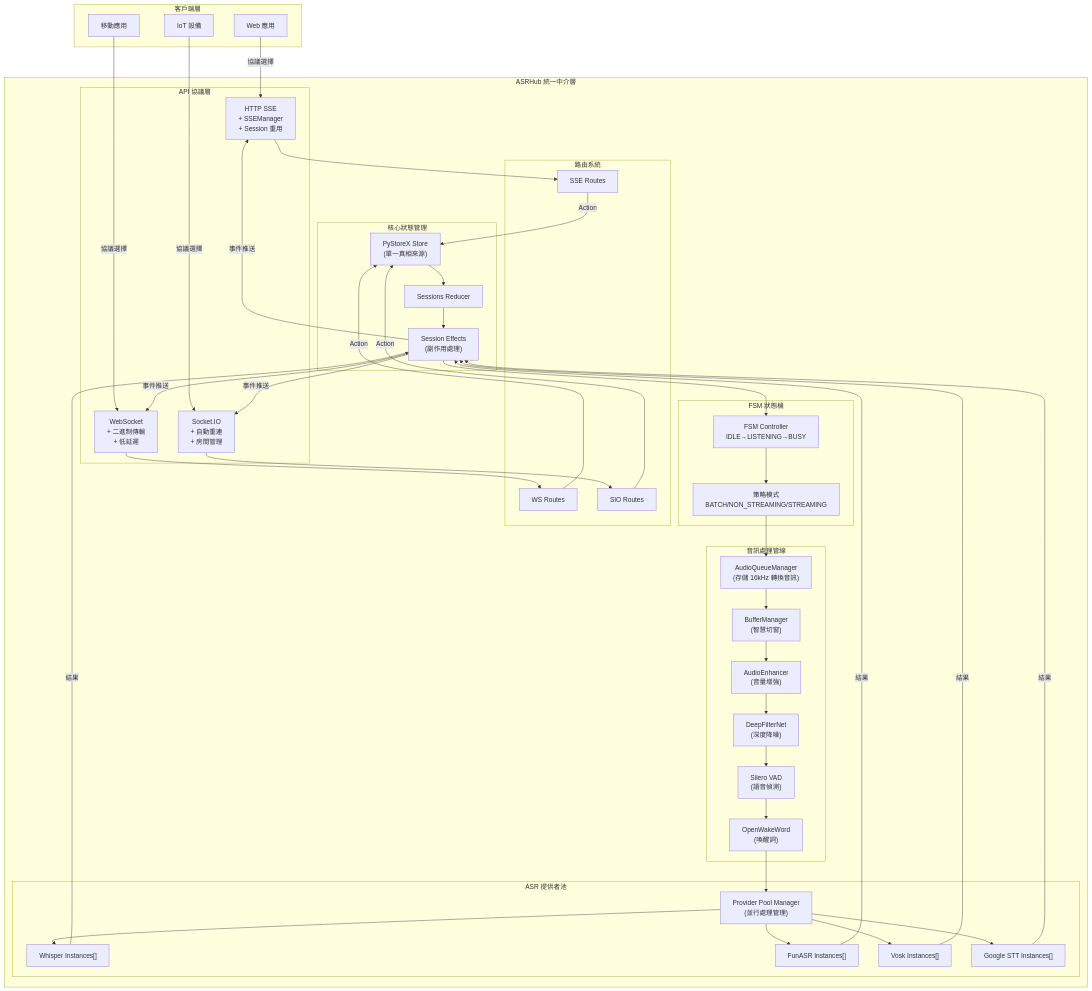
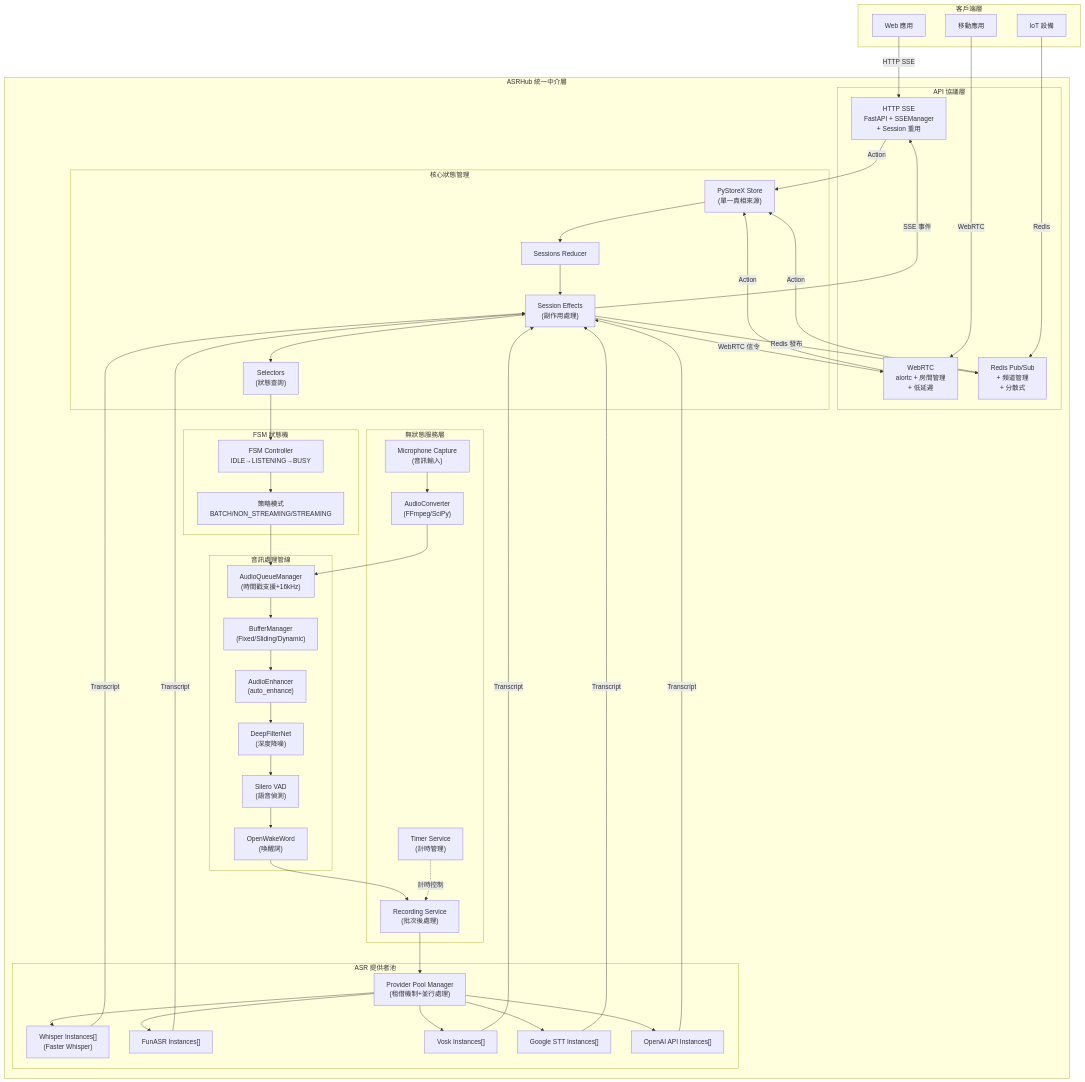
The first of 3 diagrams in README.md (JonesHong/ASRHub), drawn with Mermaid before and after one commit. The commit also changed other lines of this file and 14 other files, not shown here.

````diff
--- a/README.md
+++ b/README.md
@@ -92,21 +92,16 @@
     
     subgraph "ASRHub 統一中介層"
         subgraph "API 協議層"
-            SSE["HTTP SSE<br/>+ SSEManager<br/>+ Session 重用"]
-            WS["WebSocket<br/>+ 二進制傳輸<br/>+ 低延遲"]
-            SIO["Socket.IO<br/>+ 自動重連<br/>+ 房間管理"]
-        end
-        
-        subgraph "路由系統"
-            R1[SSE Routes]
-            R2[WS Routes]
-            R3[SIO Routes]
+            SSE["HTTP SSE<br/>FastAPI + SSEManager<br/>+ Session 重用"]
+            WEBRTC["WebRTC<br/>aiortc + 房間管理<br/>+ 低延遲"]
+            REDIS["Redis Pub/Sub<br/>+ 頻道管理<br/>+ 分散式"]
         end
         
         subgraph "核心狀態管理"
             STORE["PyStoreX Store<br/>(單一真相來源)"]
             REDUCER[Sessions Reducer]
             EFFECTS["Session Effects<br/>(副作用處理)"]
+            SELECTOR["Selectors<br/>(狀態查詢)"]
         end
         
         subgraph "FSM 狀態機"
@@ -115,60 +110,73 @@
         end
         
         subgraph "音訊處理管線"
-            QUEUE["AudioQueueManager<br/>(存儲 16kHz 轉換音訊)"]
-            BUFFER["BufferManager<br/>(智慧切窗)"]
-            ENHANCE["AudioEnhancer<br/>(音量增強)"]
+            QUEUE["AudioQueueManager<br/>(時間戳支援+16kHz)"]
+            BUFFER["BufferManager<br/>(Fixed/Sliding/Dynamic)"]
+            ENHANCE["AudioEnhancer<br/>(auto_enhance)"]
             DENOISE["DeepFilterNet<br/>(深度降噪)"]
             VAD["Silero VAD<br/>(語音偵測)"]
             WAKEWORD["OpenWakeWord<br/>(喚醒詞)"]
         end
         
+        subgraph "無狀態服務層"
+            CONV["AudioConverter<br/>(FFmpeg/SciPy)"]
+            REC["Recording Service<br/>(批次後處理)"]
+            MIC["Microphone Capture<br/>(音訊輸入)"]
+            TIMER["Timer Service<br/>(計時管理)"]
+        end
+        
         subgraph "ASR 提供者池"
-            POOL["Provider Pool Manager<br/>(並行處理管理)"]
-            WHISPER["Whisper Instances[]"]
+            POOL["Provider Pool Manager<br/>(租借機制+並行處理)"]
+            WHISPER["Whisper Instances[]<br/>(Faster Whisper)"]
             FUNASR["FunASR Instances[]"]
             VOSK["Vosk Instances[]"]
             GOOGLE["Google STT Instances[]"]
+            OPENAI["OpenAI API Instances[]"]
         end
     end
     
-    WEB -->|協議選擇| SSE
-    MOBILE -->|協議選擇| WS
-    IOT -->|協議選擇| SIO
+    WEB -->|HTTP SSE| SSE
+    MOBILE -->|WebRTC| WEBRTC
+    IOT -->|Redis| REDIS
     
-    SSE --> R1
-    WS --> R2
-    SIO --> R3
-    
-    R1 -->|Action| STORE
-    R2 -->|Action| STORE
-    R3 -->|Action| STORE
+    SSE -->|Action| STORE
+    WEBRTC -->|Action| STORE
+    REDIS -->|Action| STORE
     
     STORE --> REDUCER
     REDUCER --> EFFECTS
-    EFFECTS --> FSM
+    EFFECTS --> SELECTOR
+    SELECTOR --> FSM
     
     FSM --> STRATEGY
     STRATEGY --> QUEUE
     
+    MIC --> CONV
+    CONV --> QUEUE
     QUEUE --> BUFFER
     BUFFER --> ENHANCE
     ENHANCE --> DENOISE
     DENOISE --> VAD
     VAD --> WAKEWORD
     
-    WAKEWORD --> POOL
+    WAKEWORD --> REC
+    REC --> POOL
+    
     POOL --> WHISPER
     POOL --> FUNASR
     POOL --> VOSK
     POOL --> GOOGLE
+    POOL --> OPENAI
     
-    WHISPER -->|結果| EFFECTS
-    FUNASR -->|結果| EFFECTS
-    VOSK -->|結果| EFFECTS
-    GOOGLE -->|結果| EFFECTS
+    WHISPER -->|Transcript| EFFECTS
+    FUNASR -->|Transcript| EFFECTS
+    VOSK -->|Transcript| EFFECTS
+    GOOGLE -->|Transcript| EFFECTS
+    OPENAI -->|Transcript| EFFECTS
     
-    EFFECTS -->|事件推送| SSE
-    EFFECTS -->|事件推送| WS
-    EFFECTS -->|事件推送| SIO
+    EFFECTS -->|SSE 事件| SSE
+    EFFECTS -->|WebRTC 信令| WEBRTC
+    EFFECTS -->|Redis 發布| REDIS
+    
+    TIMER -.->|計時控制| REC
 ```
````
